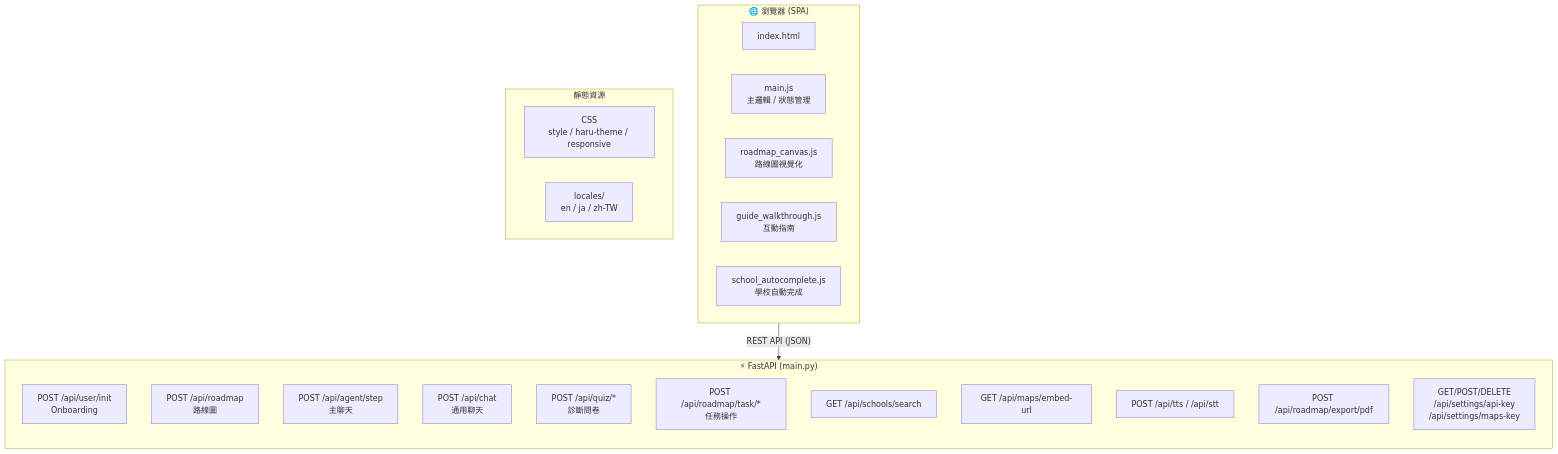
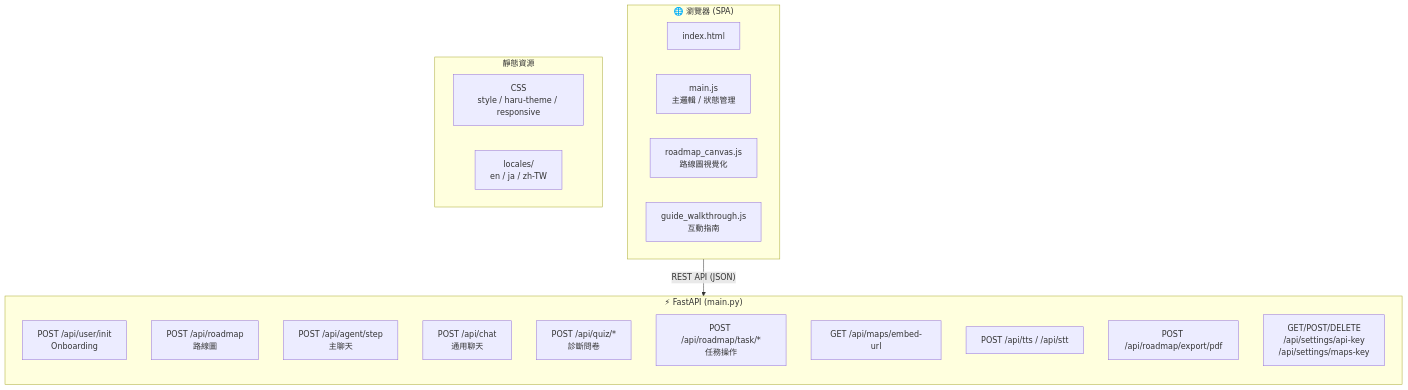
One commit to faetstoree/HARU changed the first of 6 diagrams in ARCHITECTURE_ZH.md. Above: the diagram before and after it, drawn with Mermaid. The commit also changed other lines of this file and 5 other files, not shown here.

First line of the commit message:
cleanup: remove unused school search feature

````diff
--- a/ARCHITECTURE_ZH.md
+++ b/ARCHITECTURE_ZH.md
@@ -5,32 +5,30 @@
 ```mermaid
 graph TB
     subgraph Browser["🌐 瀏覽器 (SPA)"]
         HTML["index.html"]
         JS_Main["main.js<br/>主邏輯 / 狀態管理"]
         JS_Canvas["roadmap_canvas.js<br/>路線圖視覺化"]
         JS_Guide["guide_walkthrough.js<br/>互動指南"]
-        JS_School["school_autocomplete.js<br/>學校自動完成"]
     end
 
     subgraph Static["靜態資源"]
         CSS["CSS<br/>style / haru-theme / responsive"]
         I18N_FE["locales/<br/>en / ja / zh-TW"]
     end
 
     subgraph FastAPI["⚡ FastAPI (main.py)"]
         direction TB
         API_Init["POST /api/user/init<br/>Onboarding"]
         API_Roadmap["POST /api/roadmap<br/>路線圖"]
         API_Agent["POST /api/agent/step<br/>主聊天"]
         API_Chat["POST /api/chat<br/>通用聊天"]
         API_Quiz["POST /api/quiz/*<br/>診斷問卷"]
         API_Task["POST /api/roadmap/task/*<br/>任務操作"]
-        API_Schools["GET /api/schools/search"]
         API_Maps["GET /api/maps/embed-url"]
         API_TTS["POST /api/tts / /api/stt"]
         API_PDF["POST /api/roadmap/export/pdf"]
         API_Settings["GET/POST/DELETE<br/>/api/settings/api-key<br/>/api/settings/maps-key"]
     end
 
     Browser -->|"REST API (JSON)"| FastAPI
 ```
````
